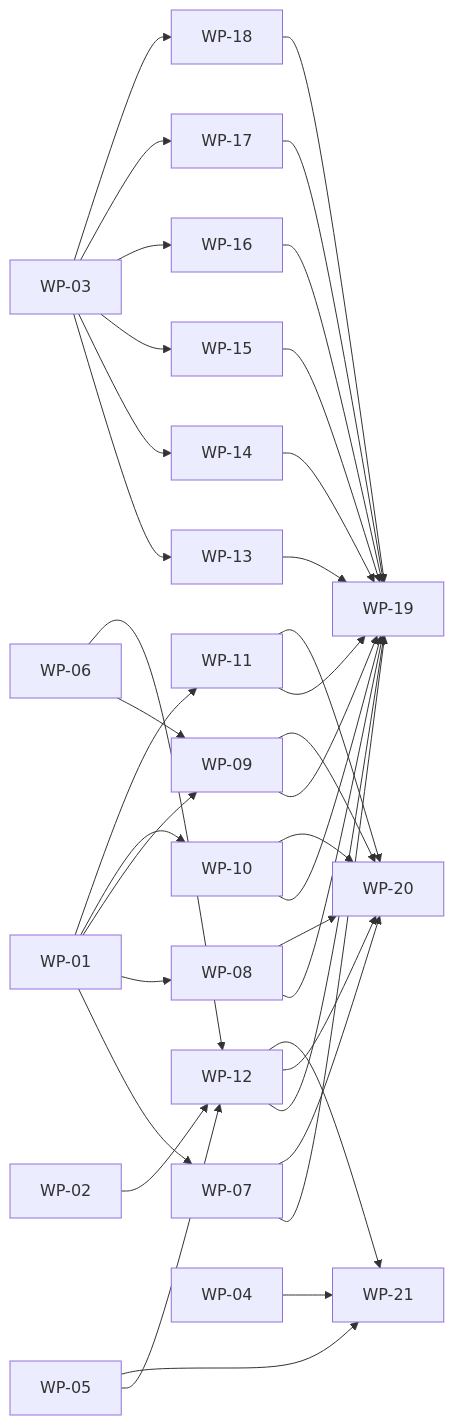
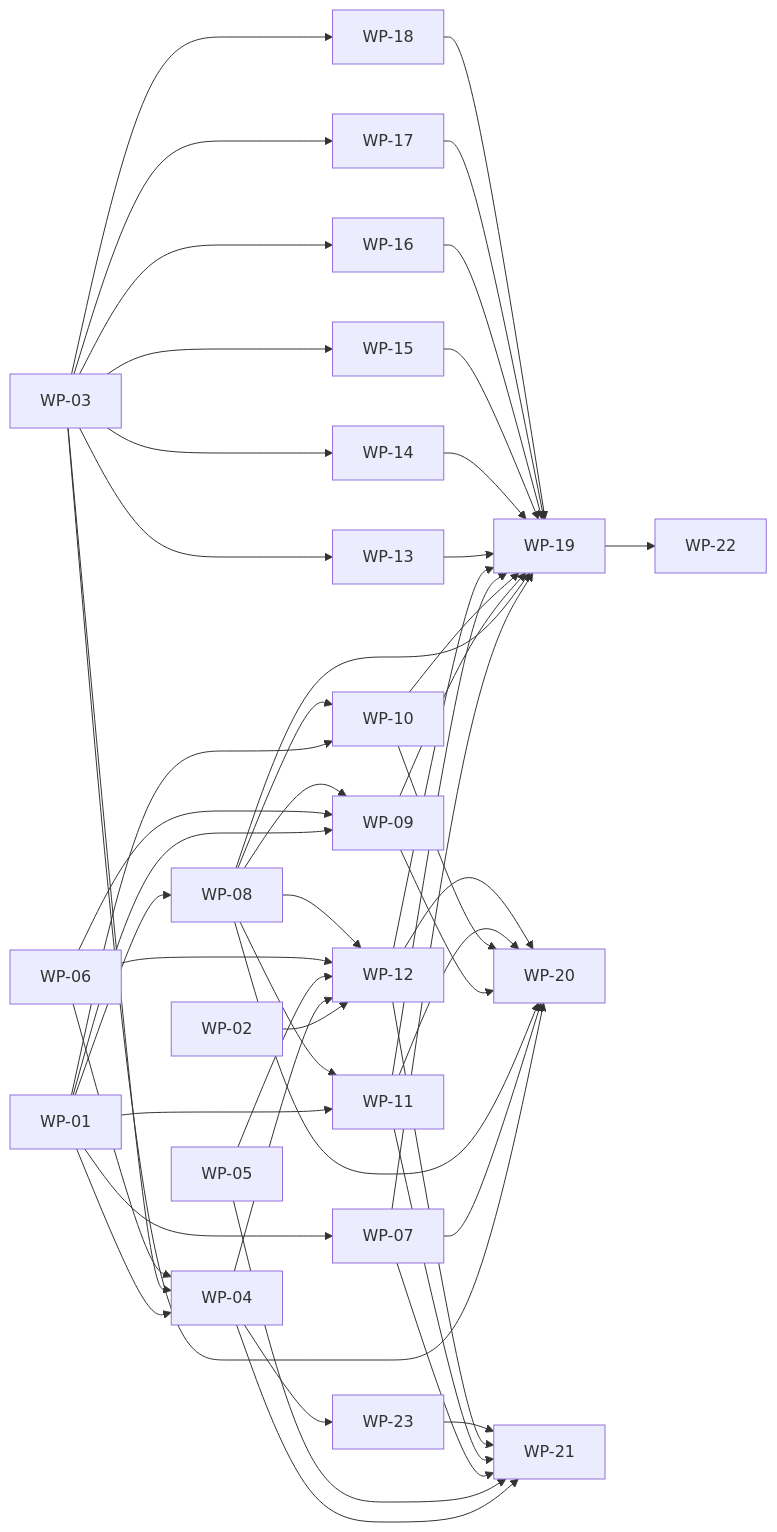
The diagram in docs/plan/WORK_PACKAGES.md (Cloud-CITI-AI/KR-Central-2), drawn with Mermaid before and after one commit. The commit also changed other lines of this file and 7 other files, not shown here.

````diff
--- a/docs/plan/WORK_PACKAGES.md
+++ b/docs/plan/WORK_PACKAGES.md
@@ -32,39 +35,53 @@
 ```mermaid
 flowchart LR
   WP01[WP-01] --> WP07[WP-07]
   WP01[WP-01] --> WP08[WP-08]
   WP01[WP-01] --> WP09[WP-09]
   WP06[WP-06] --> WP09[WP-09]
+  WP08[WP-08] --> WP09[WP-09]
+  WP03[WP-03] --> WP13[WP-13]
+  WP03[WP-03] --> WP14[WP-14]
   WP01[WP-01] --> WP10[WP-10]
+  WP08[WP-08] --> WP10[WP-10]
   WP01[WP-01] --> WP11[WP-11]
+  WP08[WP-08] --> WP11[WP-11]
+  WP03[WP-03] --> WP15[WP-15]
+  WP01[WP-01] --> WP04[WP-04]
+  WP03[WP-03] --> WP04[WP-04]
+  WP06[WP-06] --> WP04[WP-04]
+  WP03[WP-03] --> WP16[WP-16]
   WP02[WP-02] --> WP12[WP-12]
+  WP04[WP-04] --> WP12[WP-12]
   WP05[WP-05] --> WP12[WP-12]
   WP06[WP-06] --> WP12[WP-12]
-  WP03[WP-03] --> WP13[WP-13]
-  WP03[WP-03] --> WP14[WP-14]
-  WP03[WP-03] --> WP15[WP-15]
-  WP03[WP-03] --> WP16[WP-16]
+  WP08[WP-08] --> WP12[WP-12]
   WP03[WP-03] --> WP17[WP-17]
   WP03[WP-03] --> WP18[WP-18]
   WP07[WP-07] --> WP19[WP-19]
   WP08[WP-08] --> WP19[WP-19]
   WP09[WP-09] --> WP19[WP-19]
   WP10[WP-10] --> WP19[WP-19]
   WP11[WP-11] --> WP19[WP-19]
   WP12[WP-12] --> WP19[WP-19]
   WP13[WP-13] --> WP19[WP-19]
   WP14[WP-14] --> WP19[WP-19]
   WP15[WP-15] --> WP19[WP-19]
   WP16[WP-16] --> WP19[WP-19]
   WP17[WP-17] --> WP19[WP-19]
   WP18[WP-18] --> WP19[WP-19]
+  WP03[WP-03] --> WP20[WP-20]
   WP07[WP-07] --> WP20[WP-20]
   WP08[WP-08] --> WP20[WP-20]
   WP09[WP-09] --> WP20[WP-20]
   WP10[WP-10] --> WP20[WP-20]
   WP11[WP-11] --> WP20[WP-20]
   WP12[WP-12] --> WP20[WP-20]
+  WP04[WP-04] --> WP23[WP-23]
   WP04[WP-04] --> WP21[WP-21]
   WP05[WP-05] --> WP21[WP-21]
+  WP07[WP-07] --> WP21[WP-21]
+  WP11[WP-11] --> WP21[WP-21]
   WP12[WP-12] --> WP21[WP-21]
+  WP23[WP-23] --> WP21[WP-21]
+  WP19[WP-19] --> WP22[WP-22]
 ```
````
